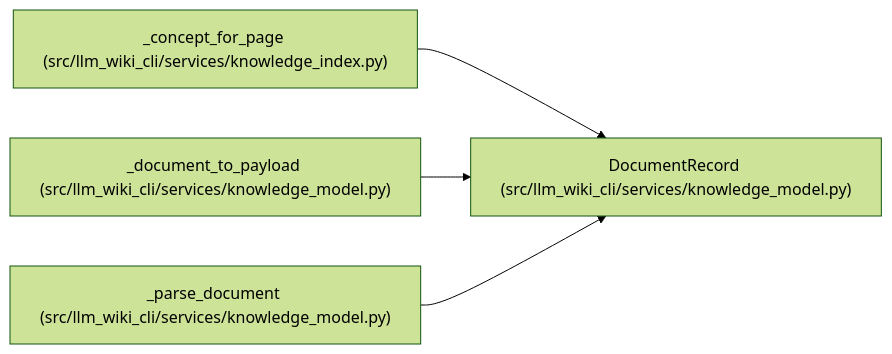
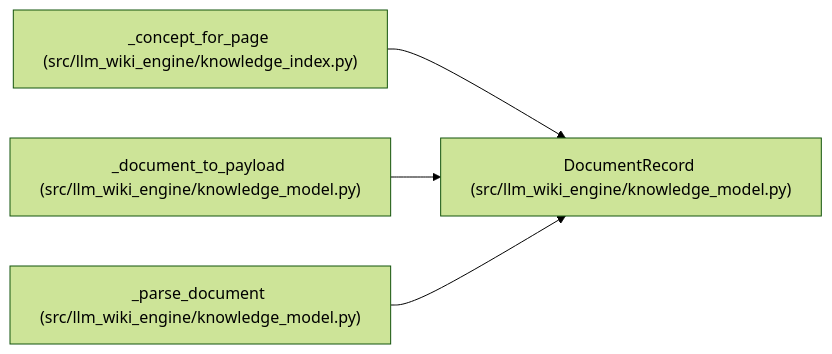
Before and after one commit to Denissvgn/python-wiki-llm: the diagram in docs/llm_wiki/entities/DocumentRecord.md, drawn with Mermaid (forest theme). The commit also changed other lines of this file and 1058 other files, not shown here.

First line of the commit message:
docs: refresh the wiki for the knowledge store move

````diff
--- a/docs/llm_wiki/entities/DocumentRecord.md
+++ b/docs/llm_wiki/entities/DocumentRecord.md
@@ -31,14 +31,14 @@
 ```mermaid
 flowchart LR
-    n0["DocumentRecord (src/llm_wiki_cli/services/knowledge_model.py)"]
-    n1["_concept_for_page (src/llm_wiki_cli/services/knowledge_index.py)"]
-    n2["_document_to_payload (src/llm_wiki_cli/services/knowledge_model.py)"]
-    n3["_parse_document (src/llm_wiki_cli/services/knowledge_model.py)"]
+    n0["DocumentRecord (src/llm_wiki_engine/knowledge_model.py)"]
+    n1["_concept_for_page (src/llm_wiki_engine/knowledge_index.py)"]
+    n2["_document_to_payload (src/llm_wiki_engine/knowledge_model.py)"]
+    n3["_parse_document (src/llm_wiki_engine/knowledge_model.py)"]
     n1 --> n0
     n2 --> n0
     n3 --> n0
     click n0 "../modules/knowledge_model.md"
     click n1 "../modules/knowledge_index.md"
     click n2 "../modules/knowledge_model.md"
     click n3 "../modules/knowledge_model.md"
 ```
````
